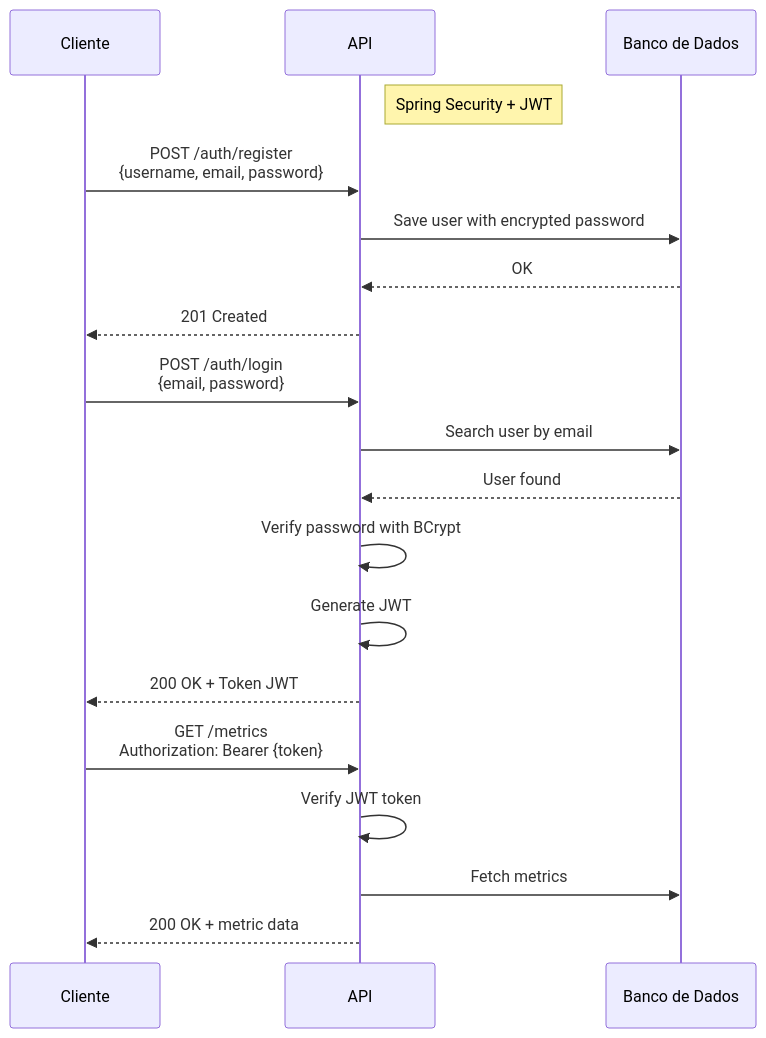
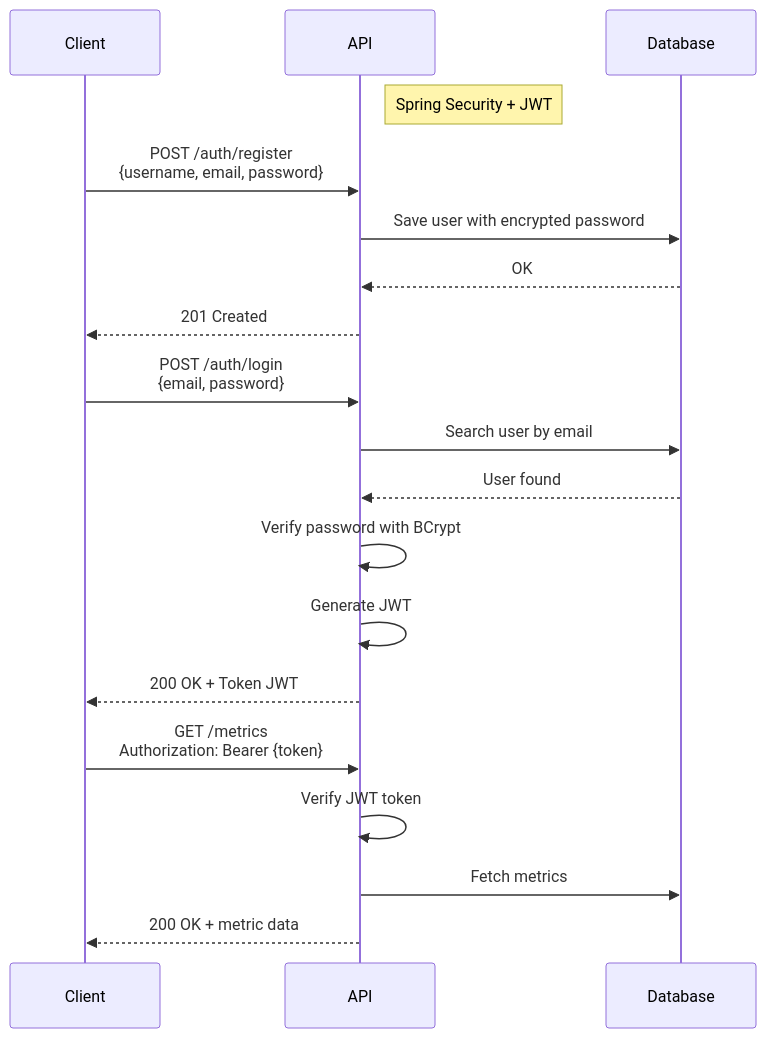
Before and after one commit to arthurguerra/url-shortener: the diagram in README.md, drawn with Mermaid.

Commit message:
docs: add authorization mermaid diagram to README.md

````diff
--- a/README.md
+++ b/README.md
@@ -5,25 +5,25 @@
 ```mermaid
 sequenceDiagram
-    participant C as Cliente
+    participant C as Client
     participant A as API
-    participant DB as Banco de Dados
+    participant DB as Database
     Note right of A: Spring Security + JWT
 
     C->>A: POST /auth/register<br>{username, email, password}
     A->>DB: Save user with encrypted password
     DB-->>A: OK
     A-->>C: 201 Created
 
     C->>A: POST /auth/login<br>{email, password}
     A->>DB: Search user by email
     DB-->>A: User found
     A->>A: Verify password with BCrypt
     A->>A: Generate JWT
     A-->>C: 200 OK + Token JWT
 
     C->>A: GET /metrics<br>Authorization: Bearer {token}
     A->>A: Verify JWT token
     A->>DB: Fetch metrics
     A-->>C: 200 OK + metric data
 
 ```
````
